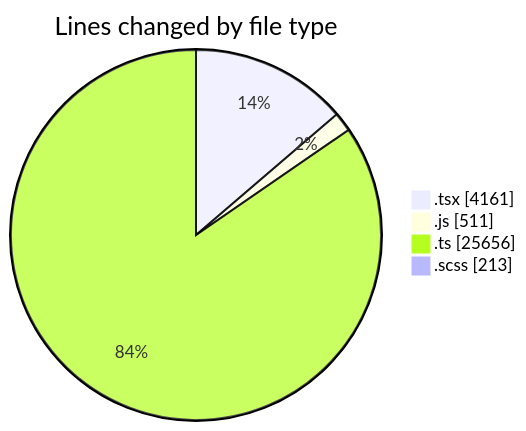
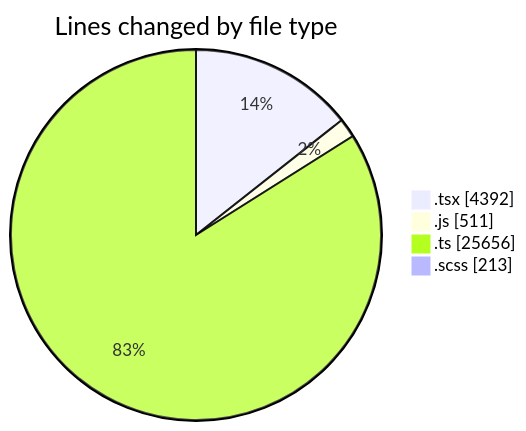
Before and after one commit to momahboobian/code-tracking: the first of 2 diagrams in 2025-06-30/cda/README.md, drawn with Mermaid. The commit also changed other lines of this file and 1 other file, not shown here.

````diff
--- a/2025-06-30/cda/README.md
+++ b/2025-06-30/cda/README.md
@@ -43,8 +43,8 @@
 ```mermaid
 pie showData
 title Lines changed by file type
-".tsx" : 4161
+".tsx" : 4392
 ".js" : 511
 ".ts" : 25656
 ".scss" : 213
 ```
````
